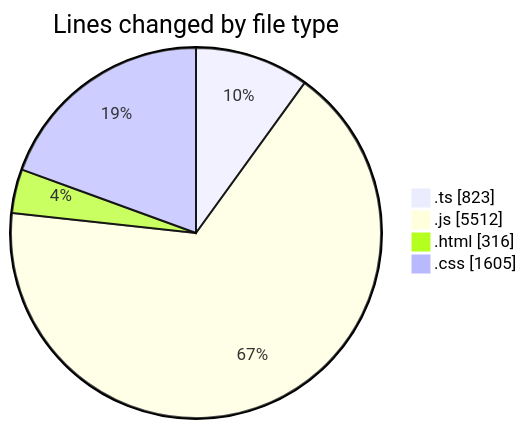
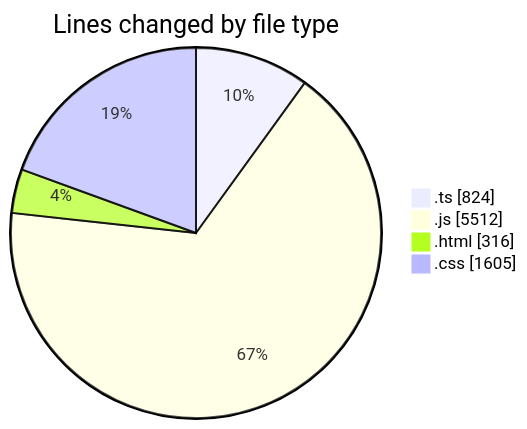
The first of 2 diagrams in 2026-04-25/darkwire/README.md (tmsrecording-cyber/code-tracking), drawn with Mermaid before and after one commit. The commit also changed other lines of this file and 1 other file, not shown here.

````diff
--- a/2026-04-25/darkwire/README.md
+++ b/2026-04-25/darkwire/README.md
@@ -35,8 +35,8 @@
 ```mermaid
 pie showData
 title Lines changed by file type
-".ts" : 823
+".ts" : 824
 ".js" : 5512
 ".html" : 316
 ".css" : 1605
 ```
````
